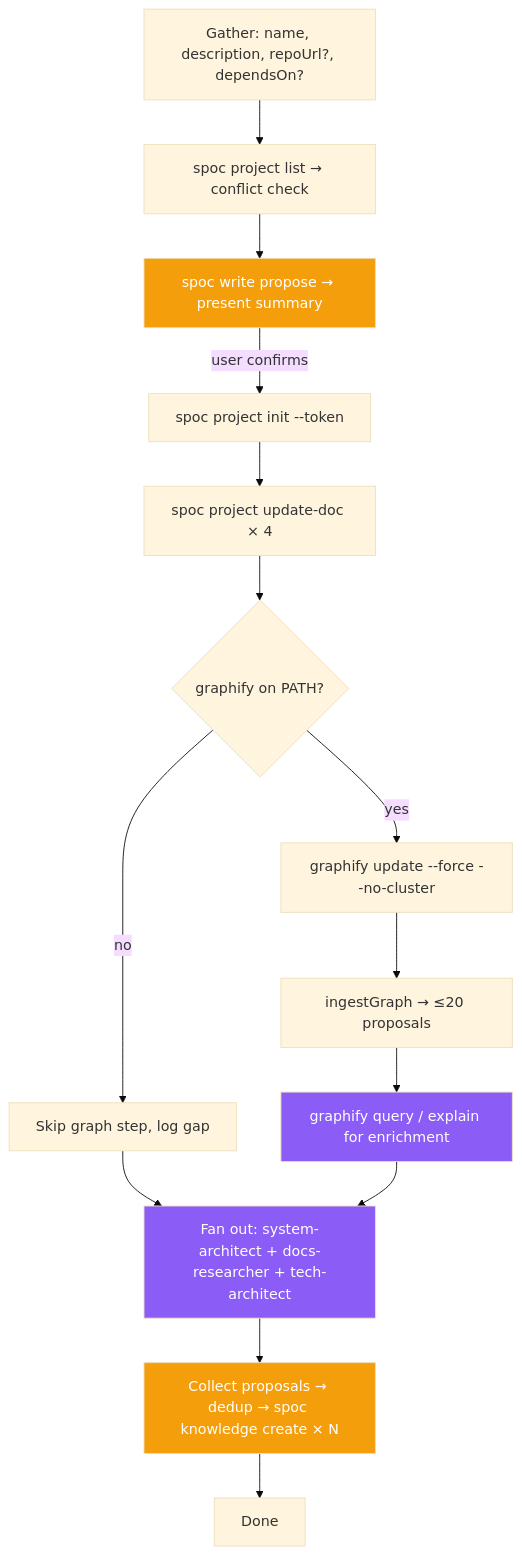
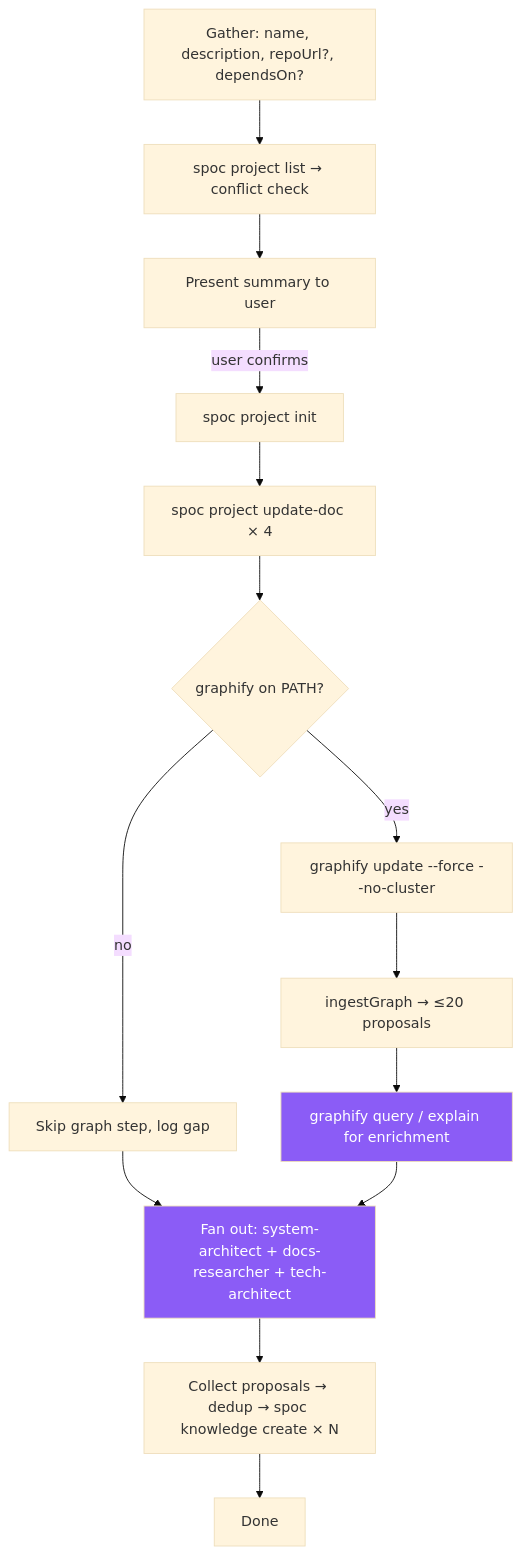
One commit to rryando/SPOC changed the diagram in opencode/spoc/skills/init-project/SKILL.md. Above: the diagram before and after it, drawn with Mermaid (base theme). The commit also changed other lines of this file and 29 other files, not shown here.

````diff
--- a/opencode/spoc/skills/init-project/SKILL.md
+++ b/opencode/spoc/skills/init-project/SKILL.md
@@ -16,18 +16,17 @@
 ```mermaid
 flowchart TD
-    classDef gate fill:#f59e0b,color:#fff
     classDef sub fill:#8b5cf6,color:#fff
 
     A[Gather: name, description, repoUrl?, dependsOn?] --> B[spoc project list → conflict check]
-    B --> C[spoc write propose → present summary]:::gate
-    C -->|user confirms| D[spoc project init --token]
+    B --> C[Present summary to user]
+    C -->|user confirms| D[spoc project init]
     D --> E[spoc project update-doc × 4]
     E --> F{graphify on PATH?}
     F -->|yes| G[graphify update --force --no-cluster]
     F -->|no| H[Skip graph step, log gap]
     G --> G2[ingestGraph → ≤20 proposals]
     G2 --> G3[graphify query / explain for enrichment]:::sub
     H & G3 --> I[Fan out: system-architect + docs-researcher + tech-architect]:::sub
-    I --> J[Collect proposals → dedup → spoc knowledge create × N]:::gate
+    I --> J[Collect proposals → dedup → spoc knowledge create × N]
     J --> K[Done]
 ```
````
